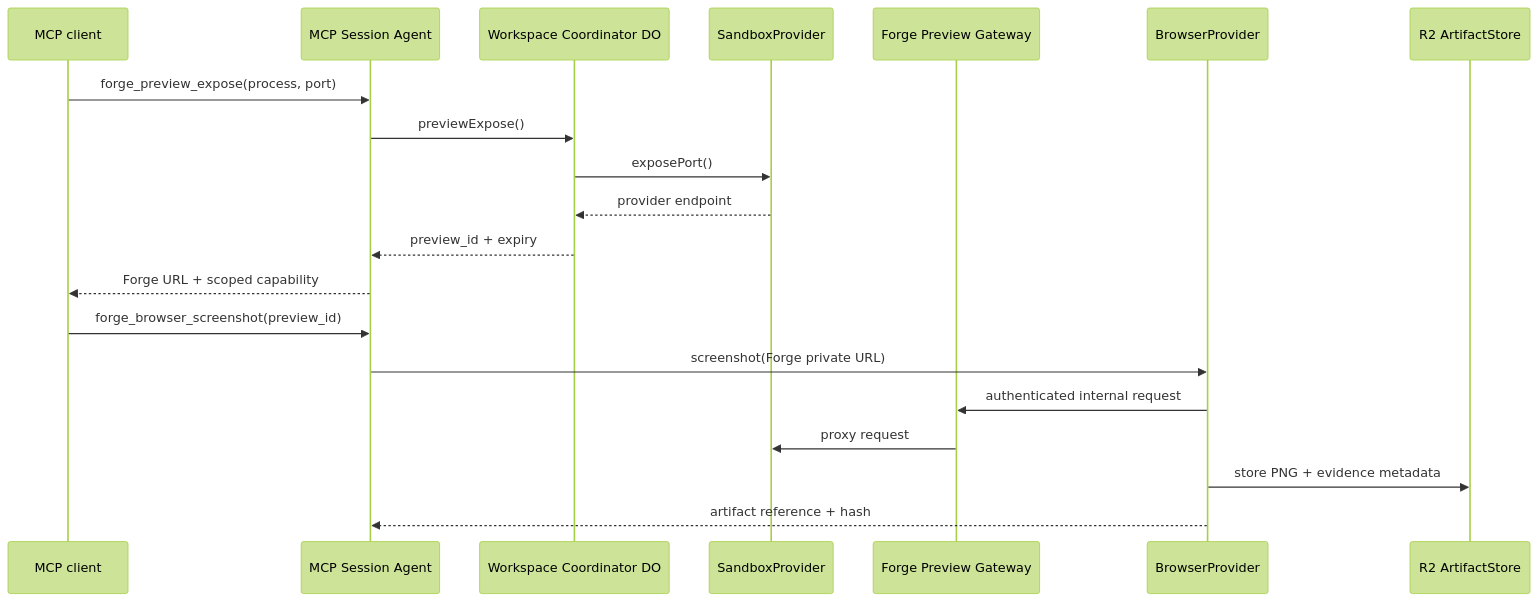
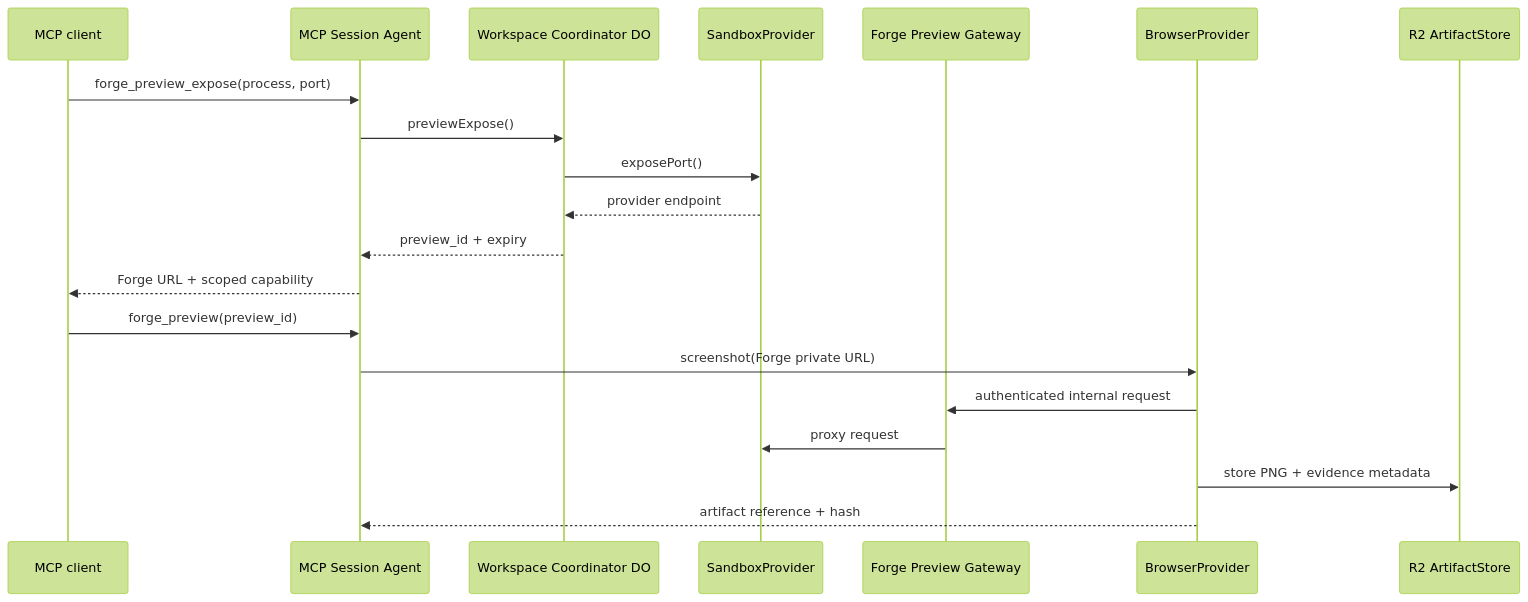
The second of 3 diagrams in docs/architecture/sequences.md (timc0y/forge-mcp), drawn with Mermaid (forest theme) before and after one commit. The commit also changed other lines of this file and 40 other files, not shown here.

````diff
--- a/docs/architecture/sequences.md
+++ b/docs/architecture/sequences.md
@@ -29,23 +29,23 @@
 ```mermaid
 sequenceDiagram
   participant C as MCP client
   participant M as MCP Session Agent
   participant D as Workspace Coordinator DO
   participant S as SandboxProvider
   participant P as Forge Preview Gateway
   participant B as BrowserProvider
   participant R as R2 ArtifactStore
 
   C->>M: forge_preview_expose(process, port)
   M->>D: previewExpose()
   D->>S: exposePort()
   S-->>D: provider endpoint
   D-->>M: preview_id + expiry
   M-->>C: Forge URL + scoped capability
-  C->>M: forge_browser_screenshot(preview_id)
+  C->>M: forge_preview(preview_id)
   M->>B: screenshot(Forge private URL)
   B->>P: authenticated internal request
   P->>S: proxy request
   B->>R: store PNG + evidence metadata
   B-->>M: artifact reference + hash
 ```
````
